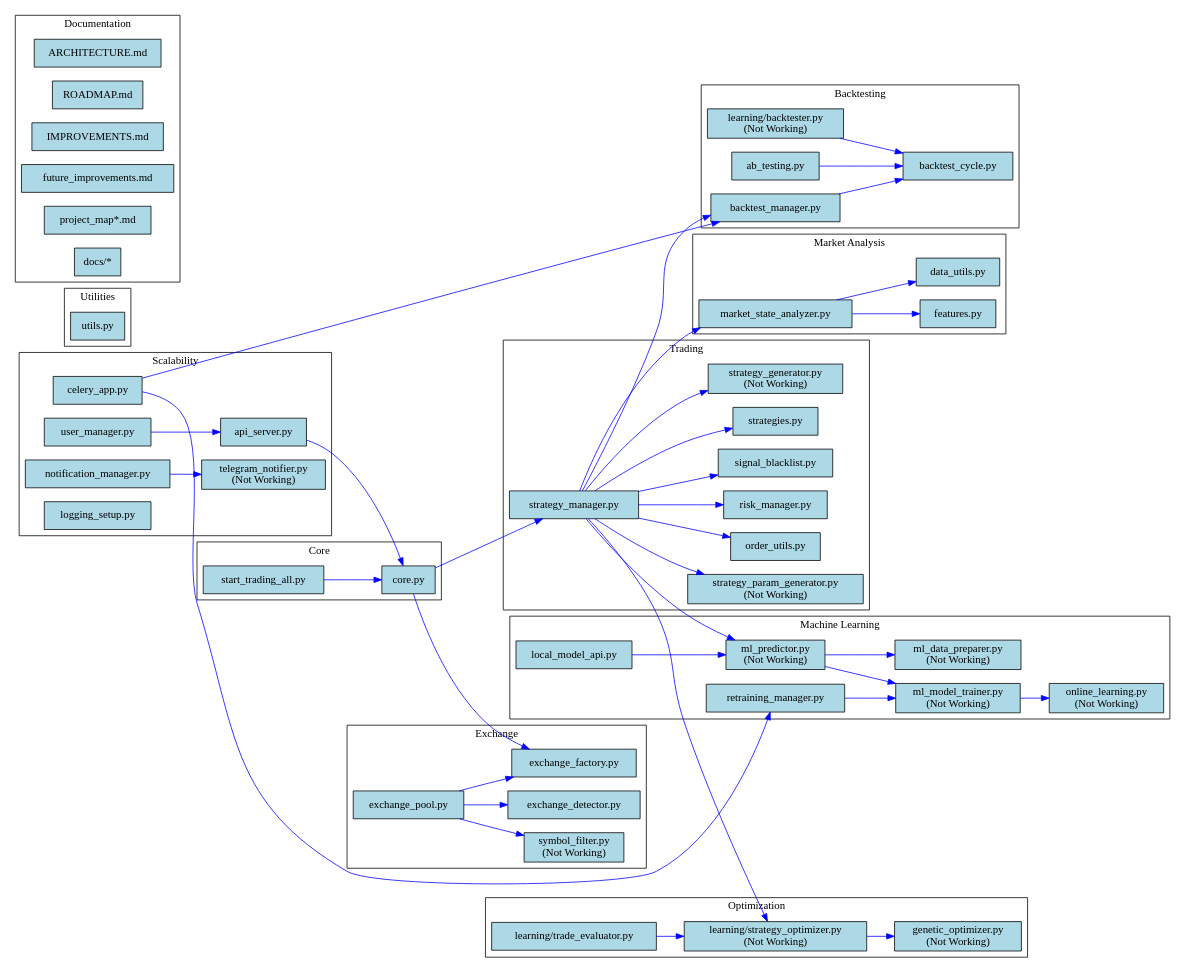
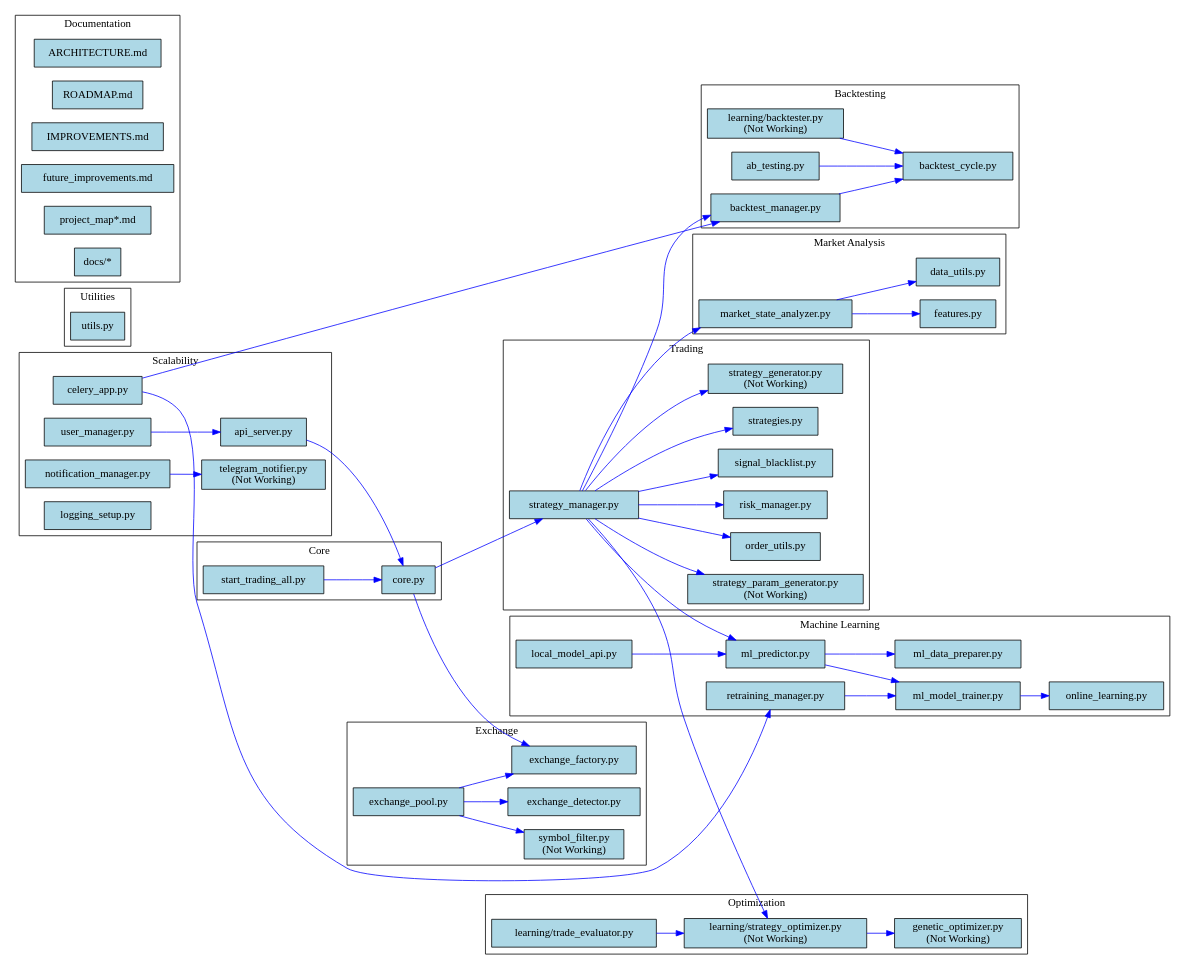
One commit to Mars-proj/Simbiot-trading-bot-evolved changed the diagram in trading_bot_graph.dot. Above: the diagram before and after it, drawn with Graphviz. The commit also changed 8 other files, not shown here.

```diff
--- a/trading_bot_graph.dot
+++ b/trading_bot_graph.dot
@@ -1,140 +1,140 @@
 digraph TradingBotSystem {
     rankdir=LR;
     node [shape=box, style=filled, fillcolor=lightblue];
     edge [color=blue];
 
     // Core
     subgraph cluster_core {
         label="Core";
         fillcolor=lightgreen;
         core [label="core.py"];
         start_trading [label="start_trading_all.py"];
         start_trading -> core;
     }
 
     // Trading
     subgraph cluster_trading {
         label="Trading";
         fillcolor=lightyellow;
         strategies [label="strategies.py"];
         strategy_manager [label="strategy_manager.py"];
         strategy_generator [label="strategy_generator.py\n(Not Working)"];
         strategy_param_generator [label="strategy_param_generator.py\n(Not Working)"];
         order_utils [label="order_utils.py"];
         risk_manager [label="risk_manager.py"];
         signal_blacklist [label="signal_blacklist.py"];
         strategy_manager -> strategies;
         strategy_manager -> strategy_generator;
         strategy_manager -> strategy_param_generator;
         strategy_manager -> order_utils;
         strategy_manager -> risk_manager;
         strategy_manager -> signal_blacklist;
         core -> strategy_manager;
     }
 
     // Exchange
     subgraph cluster_exchange {
         label="Exchange";
         fillcolor=lightcoral;
         exchange_factory [label="exchange_factory.py"];
         exchange_detector [label="exchange_detector.py"];
         exchange_pool [label="exchange_pool.py"];
         symbol_filter [label="symbol_filter.py\n(Not Working)"];
         exchange_pool -> exchange_factory;
         exchange_pool -> exchange_detector;
         exchange_pool -> symbol_filter;
         core -> exchange_factory;
     }
 
     // Market Analysis
     subgraph cluster_market_analysis {
         label="Market Analysis";
         fillcolor=lightpink;
         market_state_analyzer [label="market_state_analyzer.py"];
         features [label="features.py"];
         data_utils [label="data_utils.py"];
         market_state_analyzer -> features;
         market_state_analyzer -> data_utils;
         strategy_manager -> market_state_analyzer;
     }
 
     // Machine Learning
     subgraph cluster_ml {
         label="Machine Learning";
         fillcolor=lightcyan;
-        ml_data_preparer [label="ml_data_preparer.py\n(Not Working)"];
-        ml_model_trainer [label="ml_model_trainer.py\n(Not Working)"];
-        ml_predictor [label="ml_predictor.py\n(Not Working)"];
-        online_learning [label="online_learning.py\n(Not Working)"];
+        ml_data_preparer [label="ml_data_preparer.py"];
+        ml_model_trainer [label="ml_model_trainer.py"];
+        ml_predictor [label="ml_predictor.py"];
+        online_learning [label="online_learning.py"];
         retraining_manager [label="retraining_manager.py"];
         local_model_api [label="local_model_api.py"];
         ml_predictor -> ml_model_trainer;
         ml_predictor -> ml_data_preparer;
         ml_model_trainer -> online_learning;
         retraining_manager -> ml_model_trainer;
         local_model_api -> ml_predictor;
         strategy_manager -> ml_predictor;
     }
 
     // Optimization
     subgraph cluster_optimization {
         label="Optimization";
         fillcolor=lightgoldenrodyellow;
         genetic_optimizer [label="genetic_optimizer.py\n(Not Working)"];
         strategy_optimizer [label="learning/strategy_optimizer.py\n(Not Working)"];
         trade_evaluator [label="learning/trade_evaluator.py"];
         strategy_optimizer -> genetic_optimizer;
         trade_evaluator -> strategy_optimizer;
         strategy_manager -> strategy_optimizer;
     }
 
     // Backtesting
     subgraph cluster_backtesting {
         label="Backtesting";
         fillcolor=lightgray;
         backtest_cycle [label="backtest_cycle.py"];
         backtest_manager [label="backtest_manager.py"];
         learning_backtester [label="learning/backtester.py\n(Not Working)"];
         ab_testing [label="ab_testing.py"];
         backtest_manager -> backtest_cycle;
         learning_backtester -> backtest_cycle;
         ab_testing -> backtest_cycle;
         strategy_manager -> backtest_manager;
     }
 
     // Scalability
     subgraph cluster_scalability {
         label="Scalability";
         fillcolor=lightseagreen;
         celery_app [label="celery_app.py"];
         api_server [label="api_server.py"];
         user_manager [label="user_manager.py"];
         notification_manager [label="notification_manager.py"];
         telegram_notifier [label="telegram_notifier.py\n(Not Working)"];
         logging_setup [label="logging_setup.py"];
         notification_manager -> telegram_notifier;
         celery_app -> backtest_manager;
         celery_app -> retraining_manager;
         api_server -> core;
         user_manager -> api_server;
     }
 
     // Utilities
     subgraph cluster_utilities {
         label="Utilities";
         fillcolor=lightsalmon;
         utils [label="utils.py"];
     }
 
     // Documentation
     subgraph cluster_documentation {
         label="Documentation";
         fillcolor=lavender;
         architecture_md [label="ARCHITECTURE.md"];
         roadmap_md [label="ROADMAP.md"];
         improvements_md [label="IMPROVEMENTS.md"];
         future_improvements [label="future_improvements.md"];
         project_map_md [label="project_map*.md"];
         docs [label="docs/*"];
     }
 }
```
